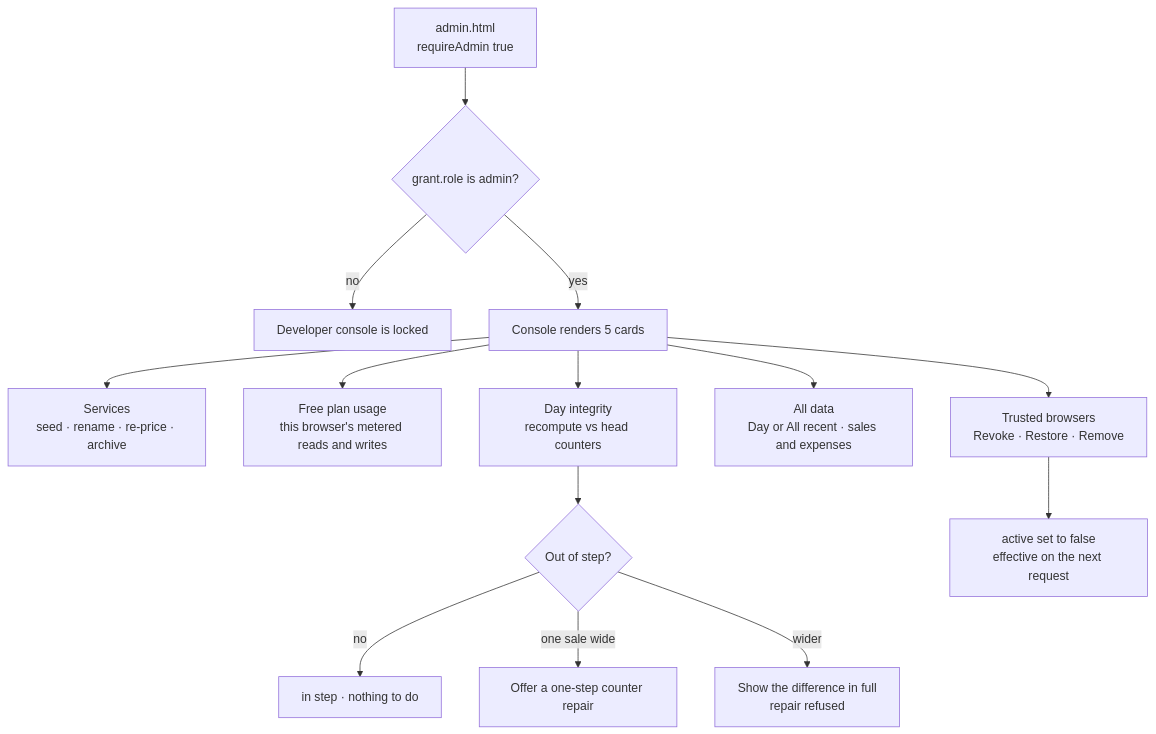
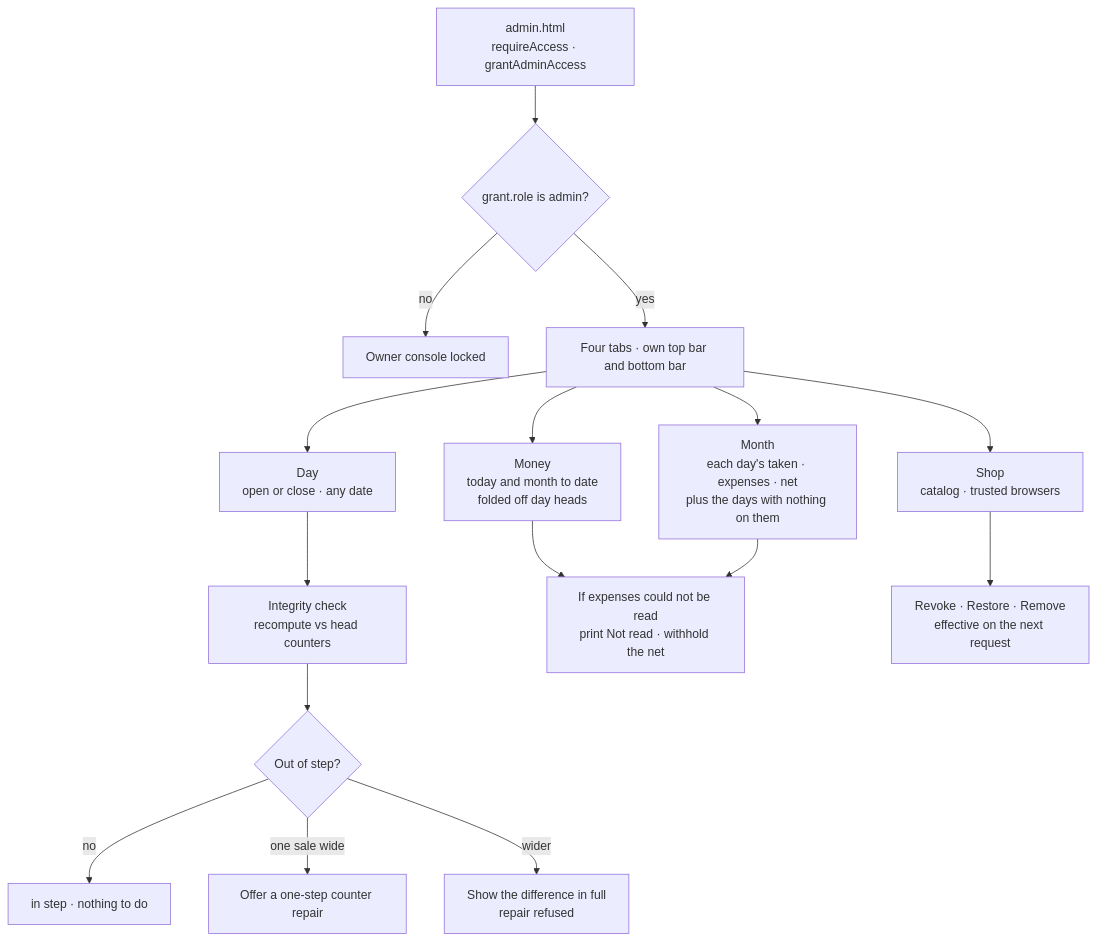
Before and after one commit to arshinmrelju/leadger: the third of 7 diagrams in README.md, drawn with Mermaid. The commit also changed other lines of this file and 12 other files, not shown here.

````diff
--- a/README.md
+++ b/README.md
@@ -638,16 +679,18 @@
 ```mermaid
 flowchart TD
-    A["admin.html<br/>requireAdmin true"] --> B{"grant.role is admin?"}
-    B -- no --> C["Developer console is locked"]
-    B -- yes --> D["Console renders 5 cards"]
-    D --> E["Services<br/>seed · rename · re-price · archive"]
-    D --> F["Free plan usage<br/>this browser's metered reads and writes"]
-    D --> G["Trusted browsers<br/>Revoke · Restore · Remove"]
-    D --> H["All data<br/>Day or All recent · sales and expenses"]
-    D --> I["Day integrity<br/>recompute vs head counters"]
+    A["admin.html<br/>requireAccess · grantAdminAccess"] --> B{"grant.role is admin?"}
+    B -- no --> C["Owner console locked"]
+    B -- yes --> D["Four tabs · own top bar and bottom bar"]
+    D --> E["Money<br/>today and month to date<br/>folded off day heads"]
+    D --> F["Month<br/>each day's taken · expenses · net<br/>plus the days with nothing on them"]
+    D --> G["Day<br/>open or close · any date"]
+    D --> H["Shop<br/>catalog · trusted browsers"]
+    G --> I["Integrity check<br/>recompute vs head counters"]
     I --> J{"Out of step?"}
     J -- no --> K["in step · nothing to do"]
     J -- "one sale wide" --> L["Offer a one-step counter repair"]
     J -- wider --> M["Show the difference in full<br/>repair refused"]
-    G --> N["active set to false<br/>effective on the next request"]
+    E --> N["If expenses could not be read<br/>print Not read · withhold the net"]
+    F --> N
+    H --> P["Revoke · Restore · Remove<br/>effective on the next request"]
 ```
````
